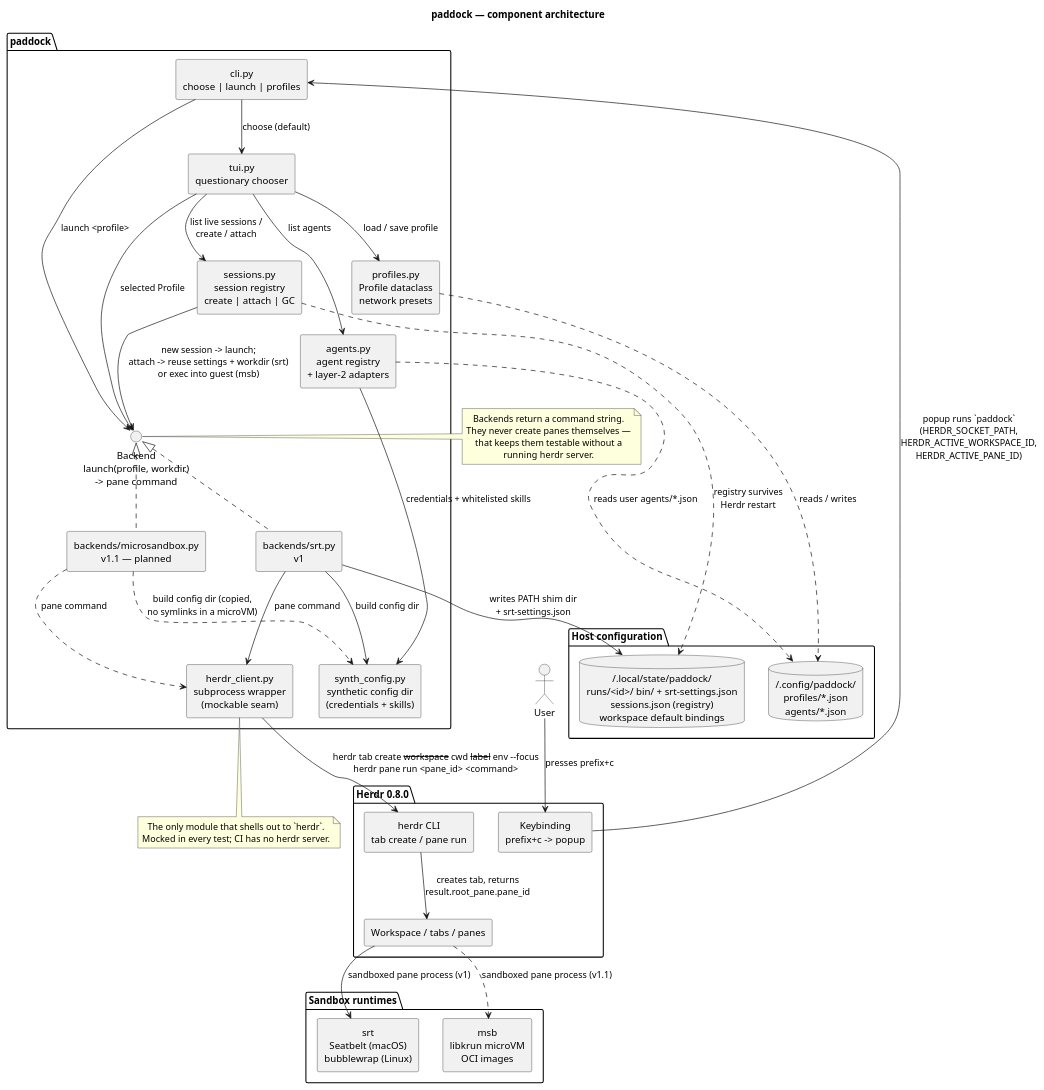
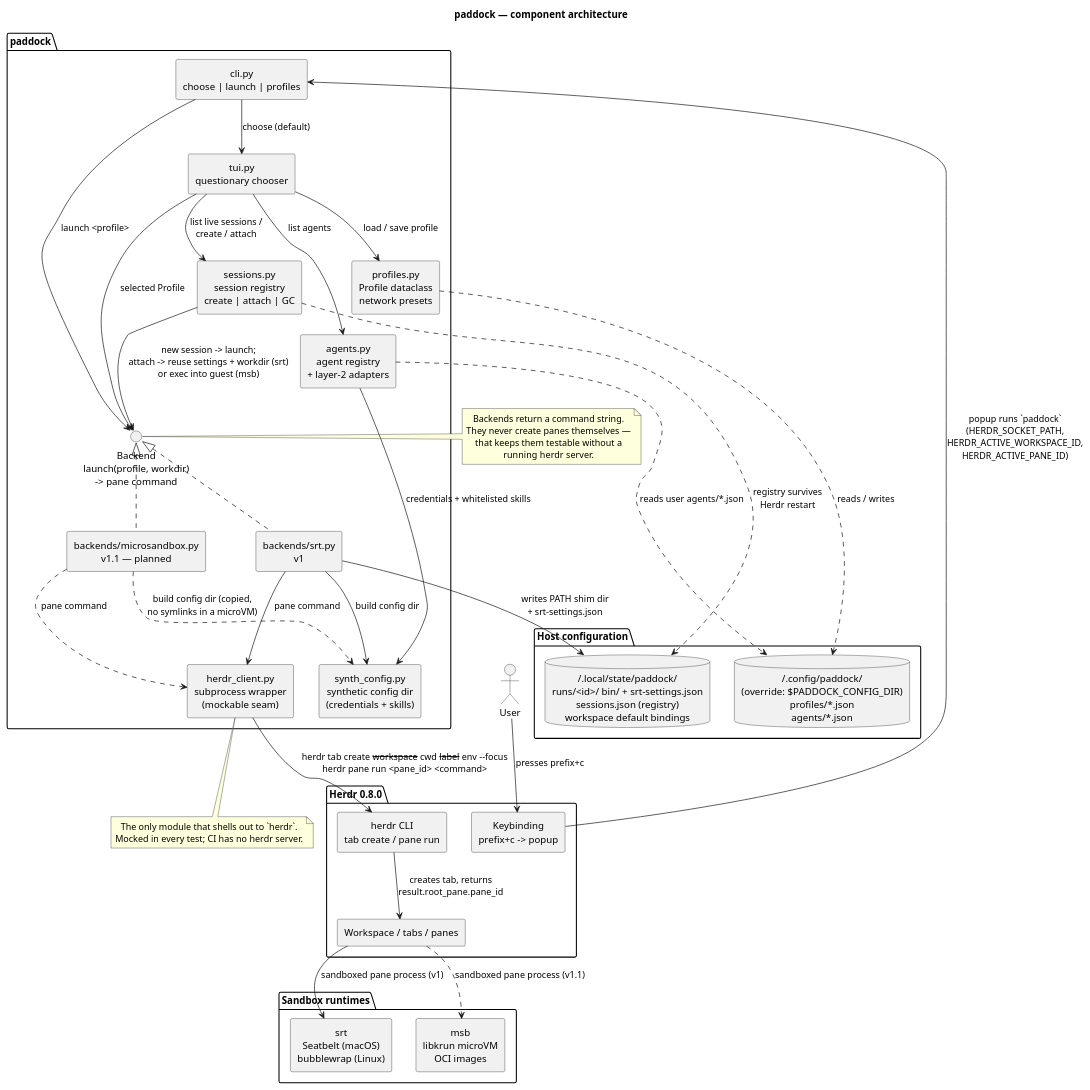
Before and after one commit to paddock-sh/paddock: the diagram in docs/diagrams/architecture.puml, drawn with PlantUML. The commit also changed 8 other files, not shown here.

```diff
--- a/docs/diagrams/architecture.puml
+++ b/docs/diagrams/architecture.puml
@@ -1,79 +1,79 @@
 @startuml architecture
 title paddock — component architecture
 
 skinparam componentStyle rectangle
 skinparam shadowing false
 skinparam defaultTextAlignment center
 
 actor User
 
 package "Herdr 0.8.0" {
   [Keybinding\nprefix+c -> popup] as Keybinding
   [herdr CLI\ntab create / pane run] as HerdrCLI
   [Workspace / tabs / panes] as HerdrUI
 }
 
 package "paddock" {
   [cli.py\nchoose | launch | profiles] as CLI
   [tui.py\nquestionary chooser] as TUI
   [sessions.py\nsession registry\ncreate | attach | GC] as Sessions
   [profiles.py\nProfile dataclass\nnetwork presets] as Profiles
   [agents.py\nagent registry\n+ layer-2 adapters] as Agents
   [synth_config.py\nsynthetic config dir\n(credentials + skills)] as SynthConfig
   interface "Backend\nlaunch(profile, workdir)\n-> pane command" as BackendAPI
   [backends/srt.py\nv1] as SrtBackend
   [backends/microsandbox.py\nv1.1 — planned] as MsbBackend
   [herdr_client.py\nsubprocess wrapper\n(mockable seam)] as HerdrClient
 }
 
 package "Host configuration" {
-  database "~/.config/paddock/\nprofiles/*.json\nagents/*.json" as ConfigFiles
+  database "~/.config/paddock/\n(override: $PADDOCK_CONFIG_DIR)\nprofiles/*.json\nagents/*.json" as ConfigFiles
   database "~/.local/state/paddock/\nruns/<id>/ bin/ + srt-settings.json\nsessions.json (registry)\nworkspace default bindings" as RunDir
 }
 
 package "Sandbox runtimes" {
   [srt\nSeatbelt (macOS)\nbubblewrap (Linux)] as Srt
   [msb\nlibkrun microVM\nOCI images] as Msb
 }
 
 User --> Keybinding : presses prefix+c
 Keybinding --> CLI : popup runs `paddock`\n(HERDR_SOCKET_PATH,\nHERDR_ACTIVE_WORKSPACE_ID,\nHERDR_ACTIVE_PANE_ID)
 CLI --> TUI : choose (default)
 TUI --> Profiles : load / save profile
 TUI --> Agents : list agents
 TUI --> Sessions : list live sessions /\ncreate / attach
 Sessions ..> RunDir : registry survives\nHerdr restart
 Profiles ..> ConfigFiles : reads / writes
 Agents ..> ConfigFiles : reads user agents/*.json
 
 TUI --> BackendAPI : selected Profile
 CLI --> BackendAPI : launch <profile>
 BackendAPI <|.. SrtBackend
 BackendAPI <|.. MsbBackend
 
 SrtBackend --> RunDir : writes PATH shim dir\n+ srt-settings.json
 Sessions --> BackendAPI : new session -> launch;\nattach -> reuse settings + workdir (srt)\nor exec into guest (msb)
 SrtBackend --> SynthConfig : build config dir
 MsbBackend ..> SynthConfig : build config dir (copied,\nno symlinks in a microVM)
 Agents --> SynthConfig : credentials + whitelisted skills
 
 SrtBackend --> HerdrClient : pane command
 MsbBackend ..> HerdrClient : pane command
 HerdrClient --> HerdrCLI : herdr tab create --workspace --cwd --label --env --focus\nherdr pane run <pane_id> <command>
 HerdrCLI --> HerdrUI : creates tab, returns\nresult.root_pane.pane_id
 HerdrUI --> Srt : sandboxed pane process (v1)
 HerdrUI ..> Msb : sandboxed pane process (v1.1)
 
 note right of BackendAPI
   Backends return a command string.
   They never create panes themselves —
   that keeps them testable without a
   running herdr server.
 end note
 
 note bottom of HerdrClient
   The only module that shells out to `herdr`.
   Mocked in every test; CI has no herdr server.
 end note
 
 @enduml
```
